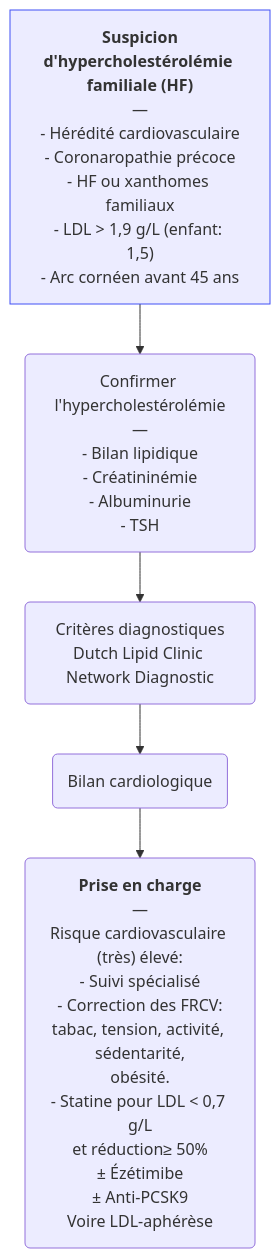
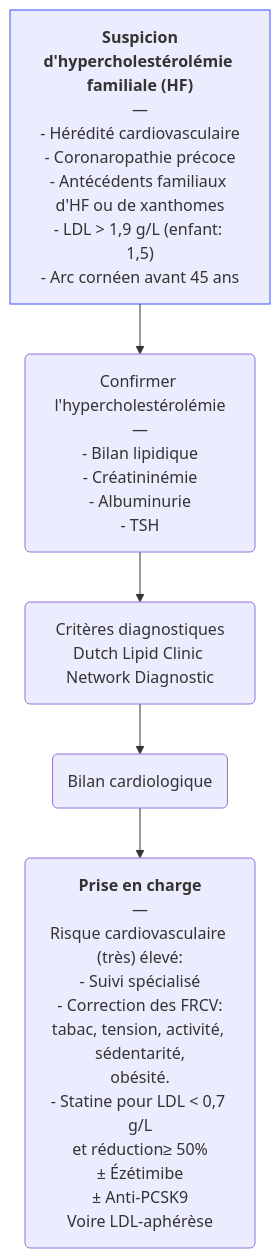
Before and after one commit to djibe/recommandations-medicales: the diagram in content/recommandations/hypercholesterolemie-familiale.md, drawn with Mermaid. The commit also changed other lines of this file and 15 other files, not shown here.

```diff
--- a/content/recommandations/hypercholesterolemie-familiale.md
+++ b/content/recommandations/hypercholesterolemie-familiale.md
@@ -160,5 +160,5 @@
 {{< mermaid title="Prise en charge de l'hypercholestérolémie familiale par le médecin généraliste. Dr JB Fron d'après ESC 2021 et 2019" >}}
 graph TB
-  suspicion["<b>Suspicion<br>d'hypercholestérolémie familiale (HF)</b><br>—<br>- Hérédité cardiovasculaire<br>- Coronaropathie précoce<br>- HF ou xanthomes familiaux<br>- LDL &gt; 1,9 g/L (enfant: 1,5)<br>- Arc cornéen avant 45 ans"] --> bilan("Confirmer l'hypercholestérolémie<br>—<br>- Bilan lipidique<br>- Créatininémie<br>- Albuminurie<br>- TSH") --> DLCN("Critères diagnostiques<br>Dutch Lipid Clinic Network Diagnostic") --> cardiologue(Bilan cardiologique) --> traitement("<b>Prise en charge</b><br>—<br>Risque cardiovasculaire (très) élevé:<br>- Suivi spécialisé<br>- Correction des FRCV:<br>tabac, tension, activité, sédentarité,<br>obésité.<br>- Statine pour LDL &lt; 0,7 g/L<br>et réduction≥ 50%<br>± Ézétimibe<br>± Anti-PCSK9<br>Voire LDL-aphérèse")
+  suspicion["<b>Suspicion<br>d'hypercholestérolémie familiale (HF)</b><br>—<br>- Hérédité cardiovasculaire<br>- Coronaropathie précoce<br>- Antécédents familiaux d'HF ou de xanthomes<br>- LDL &gt; 1,9 g/L (enfant: 1,5)<br>- Arc cornéen avant 45 ans"] --> bilan("Confirmer l'hypercholestérolémie<br>—<br>- Bilan lipidique<br>- Créatininémie<br>- Albuminurie<br>- TSH") --> DLCN("Critères diagnostiques<br>Dutch Lipid Clinic Network Diagnostic") --> cardiologue(Bilan cardiologique) --> traitement("<b>Prise en charge</b><br>—<br>Risque cardiovasculaire (très) élevé:<br>- Suivi spécialisé<br>- Correction des FRCV:<br>tabac, tension, activité, sédentarité,<br>obésité.<br>- Statine pour LDL &lt; 0,7 g/L<br>et réduction≥ 50%<br>± Ézétimibe<br>± Anti-PCSK9<br>Voire LDL-aphérèse")
   style suspicion stroke:#4150f5, stroke-width:1px
 {{< /mermaid >}}
```
